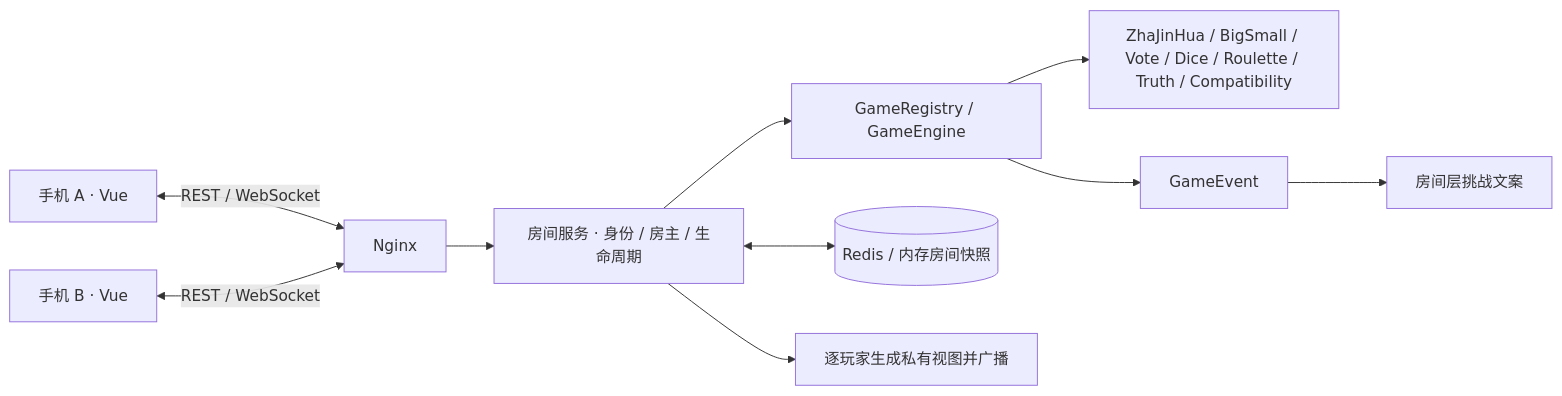
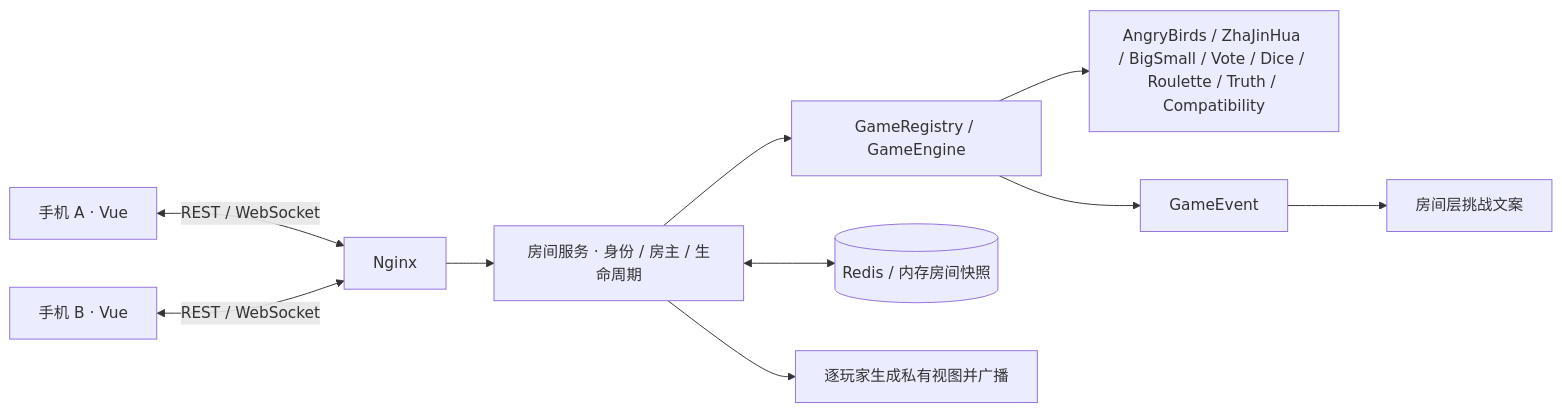
The diagram in docs/development.md (CoderXiaohui/jiuwan), drawn with Mermaid before and after one commit. The commit also changed other lines of this file and 25 other files, not shown here.

Commit message:
feat: add multiplayer angry birds game

````diff
--- a/docs/development.md
+++ b/docs/development.md
@@ -139,12 +139,12 @@
 ```mermaid
 flowchart LR
     A[手机 A · Vue] <-->|REST / WebSocket| N[Nginx]
     B[手机 B · Vue] <-->|REST / WebSocket| N
     N --> R[房间服务 · 身份 / 房主 / 生命周期]
     R --> G[GameRegistry / GameEngine]
-    G --> V[ZhaJinHua / BigSmall / Vote / Dice / Roulette / Truth / Compatibility]
+    G --> V[AngryBirds / ZhaJinHua / BigSmall / Vote / Dice / Roulette / Truth / Compatibility]
     R <--> D[(Redis / 内存房间快照)]
     G --> E[GameEvent]
     E --> P[房间层挑战文案]
     R --> W[逐玩家生成私有视图并广播]
 ```
````
